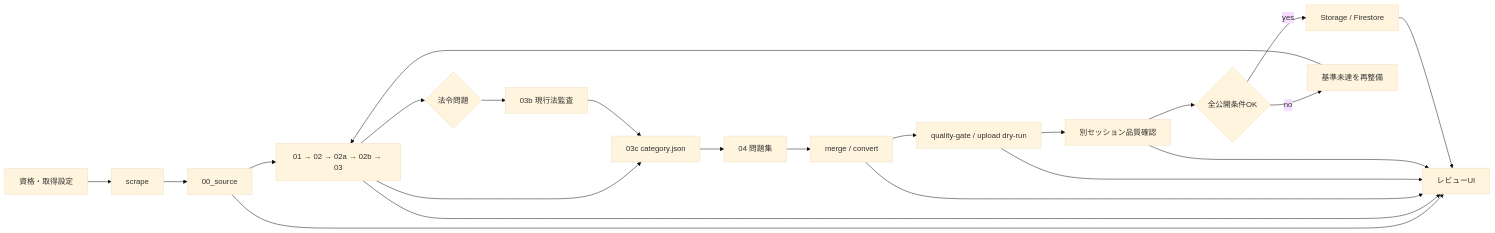
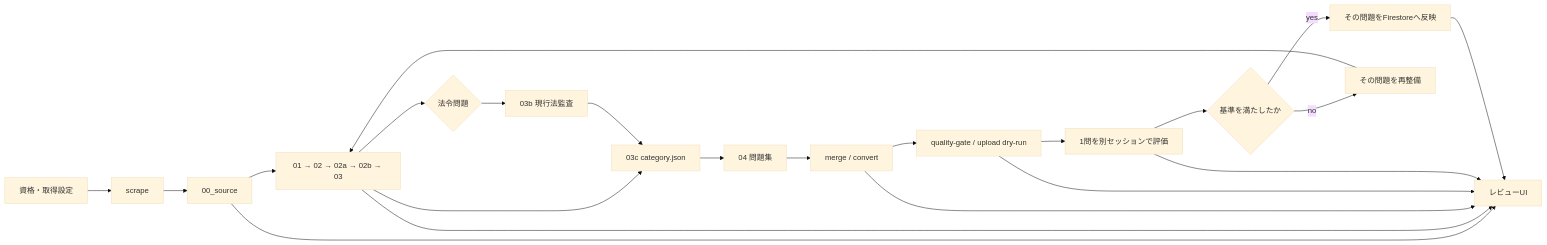
One commit to yuki-mats/exam_scraper changed the diagram in document/operations/exam_pipeline_manual_and_automation.md. Above: the diagram before and after it, drawn with Mermaid (base theme). The commit also changed other lines of this file and 3 other files, not shown here.

````diff
--- a/document/operations/exam_pipeline_manual_and_automation.md
+++ b/document/operations/exam_pipeline_manual_and_automation.md
@@ -7,26 +7,26 @@
 ```mermaid
 flowchart LR
   Setup["資格・取得設定"] --> Scrape["scrape"]
   Scrape --> Source["00_source"]
   Source --> Review["01 → 02 → 02a → 02b → 03"]
   Review --> Category["03c category.json"]
   Category --> QuestionSet["04 問題集"]
   QuestionSet --> Merge["merge / convert"]
   Merge --> Gate["quality-gate / upload dry-run"]
-  Gate --> Verify["別セッション品質確認"]
-  Verify --> Ready{"全公開条件OK"}
-  Ready -->|yes| Publish["Storage / Firestore"]
-  Ready -->|no| Rework["基準未達を再整備"]
+  Gate --> Verify["1問を別セッションで評価"]
+  Verify --> Ready{"基準を満たしたか"}
+  Ready -->|yes| Publish["その問題をFirestoreへ反映"]
+  Ready -->|no| Rework["その問題を再整備"]
   Rework --> Review
 
   Review --> Law{"法令問題"}
   Law --> Audit["03b 現行法監査"]
   Audit --> Category
 
   Source --> Console["レビューUI"]
   Review --> Console
   Merge --> Console
   Gate --> Console
   Verify --> Console
   Publish --> Console
 ```
````
